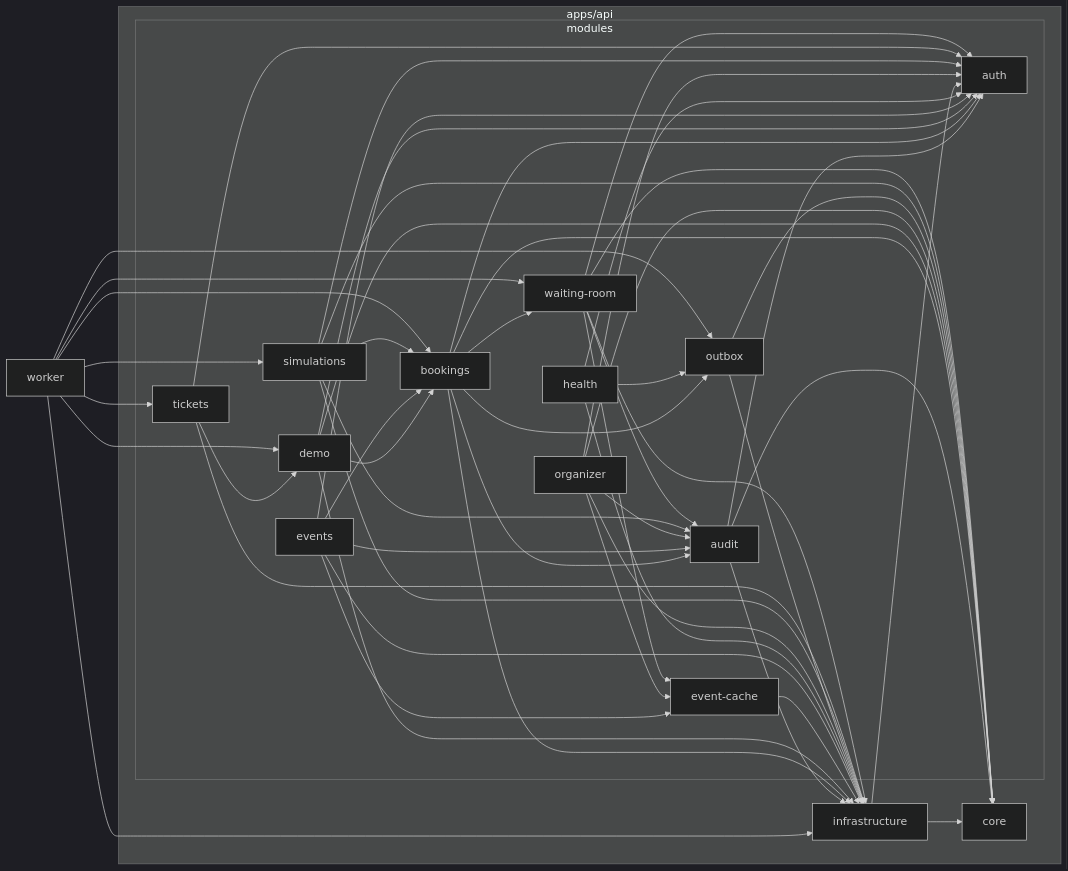
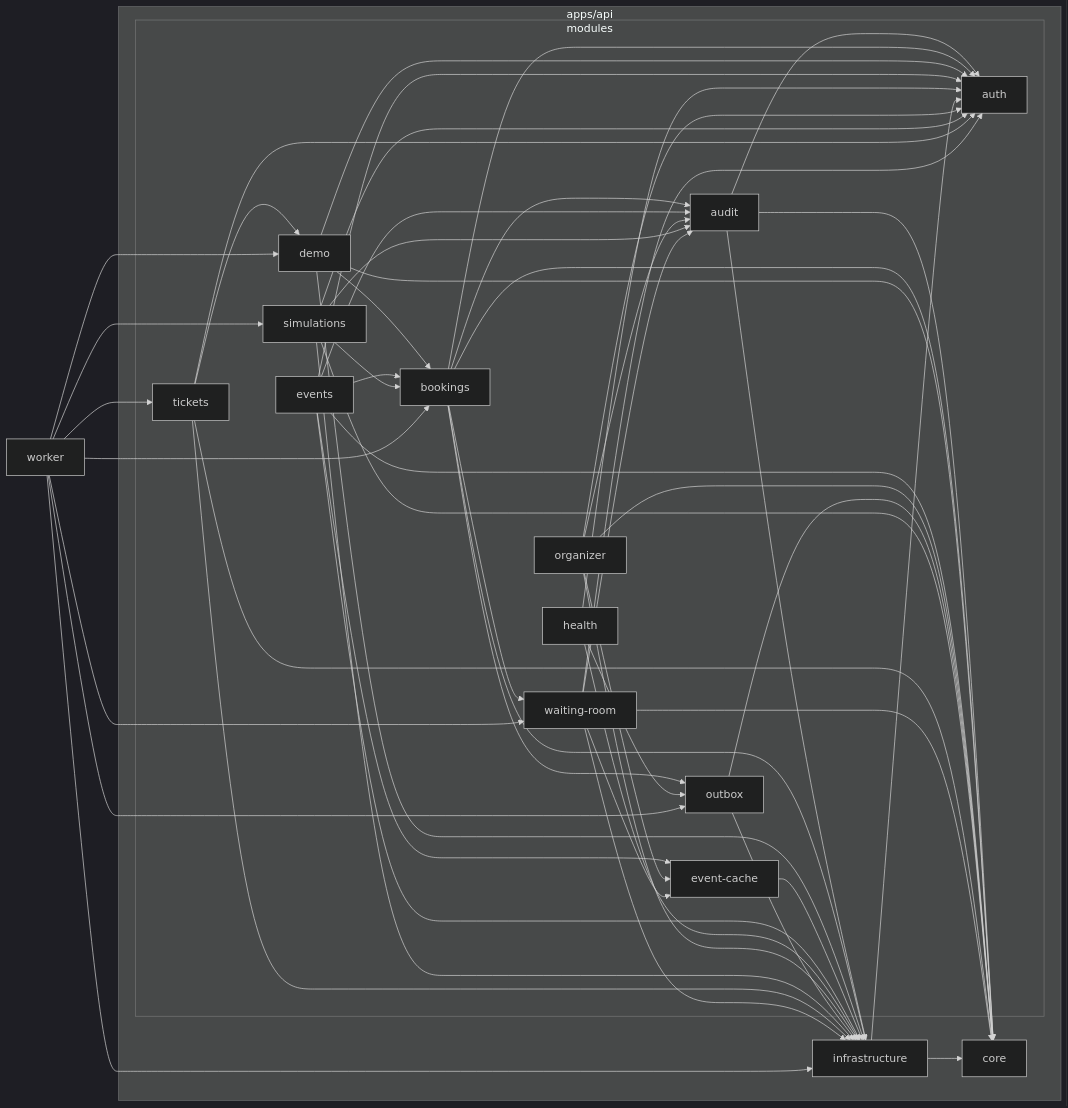
One commit to oguzbits/ticketmaster changed the diagram in docs/architecture.md. Above: the diagram before and after it, drawn with Mermaid (dark theme). The commit also changed 47 other files, not shown here.

````diff
--- a/docs/architecture.md
+++ b/docs/architecture.md
@@ -30,73 +30,75 @@
 ```mermaid
 flowchart LR
   worker["worker"]
   subgraph api["apps/api"]
     subgraph modules["modules"]
       audit["audit"]
       auth["auth"]
       bookings["bookings"]
       demo["demo"]
       event_cache["event-cache"]
       events["events"]
       health["health"]
       organizer["organizer"]
       outbox["outbox"]
       simulations["simulations"]
       tickets["tickets"]
       waiting_room["waiting-room"]
     end
     core["core"]
     infrastructure["infrastructure"]
   end
   audit --> auth
   audit --> core
   audit --> infrastructure
   bookings --> audit
   bookings --> auth
   bookings --> core
   bookings --> infrastructure
   bookings --> outbox
   bookings --> waiting_room
   demo --> auth
   demo --> bookings
   demo --> core
   demo --> infrastructure
   event_cache --> infrastructure
   events --> audit
   events --> auth
   events --> bookings
+  events --> core
   events --> event_cache
   events --> infrastructure
   health --> auth
   health --> infrastructure
   health --> outbox
   infrastructure --> auth
   infrastructure --> core
   organizer --> audit
   organizer --> auth
   organizer --> core
   organizer --> event_cache
   organizer --> infrastructure
   outbox --> core
   outbox --> infrastructure
   simulations --> audit
   simulations --> auth
   simulations --> bookings
   simulations --> core
   simulations --> infrastructure
   tickets --> auth
+  tickets --> core
   tickets --> demo
   tickets --> infrastructure
   waiting_room --> audit
   waiting_room --> auth
   waiting_room --> core
   waiting_room --> event_cache
   waiting_room --> infrastructure
   worker --> bookings
   worker --> demo
   worker --> infrastructure
   worker --> outbox
   worker --> simulations
   worker --> tickets
   worker --> waiting_room
 ```
````
